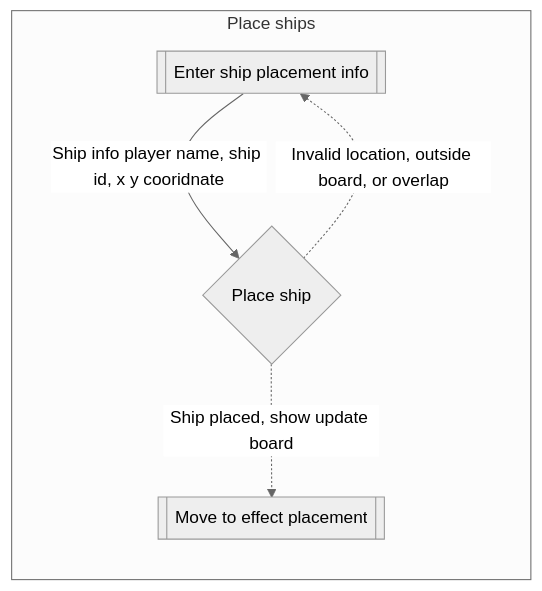
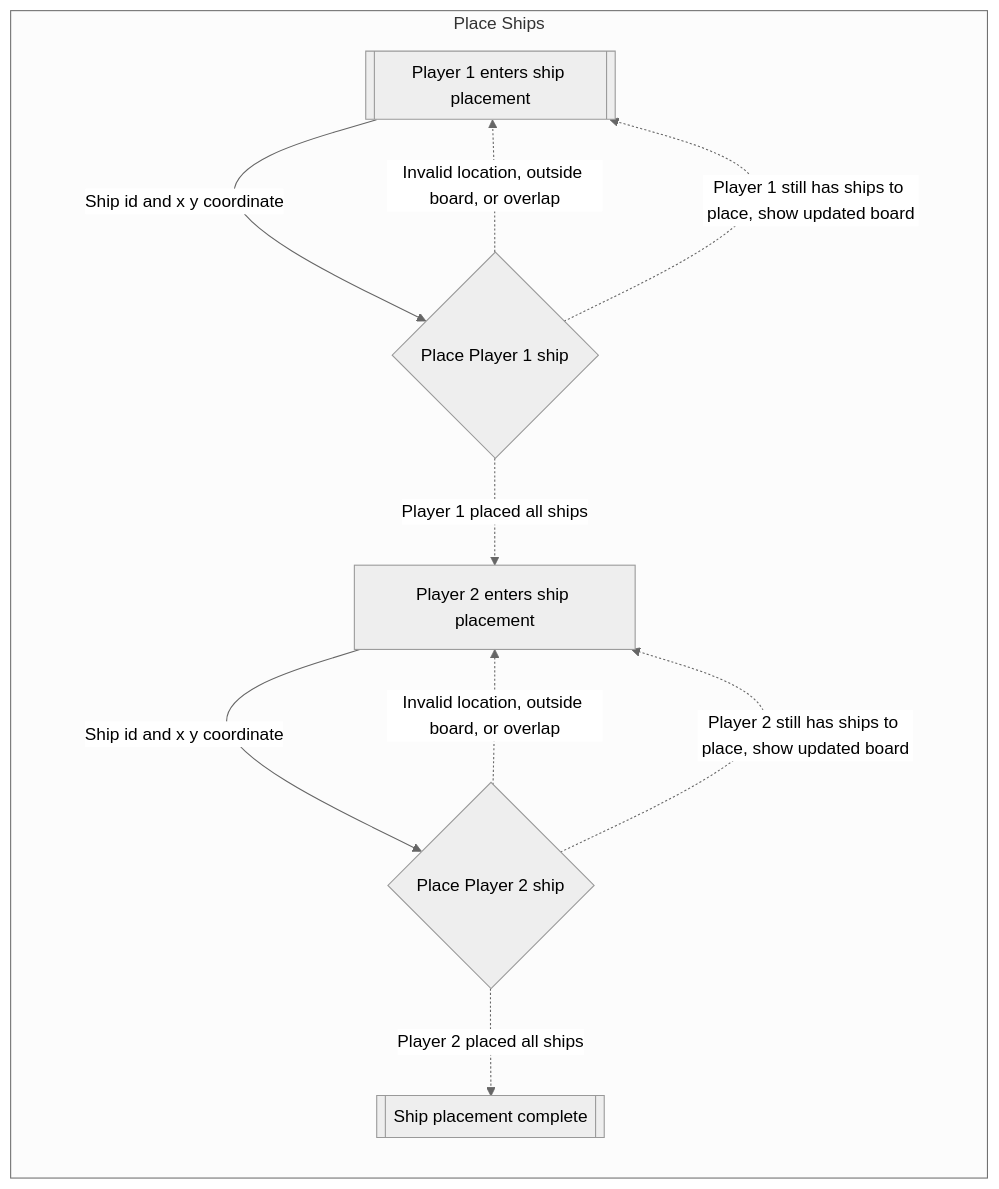
The third of 6 diagrams in README.md (ThienTang923/COMP-2450-Battleship), drawn with Mermaid (neutral theme) before and after one commit. The commit also changed other lines of this file, not shown here.

Commit message:
changing combat flow and placing ship flow

````diff
--- a/README.md
+++ b/README.md
@@ -71,15 +70,31 @@
 ```mermaid
 flowchart
-subgraph Place ships
+subgraph Place Ships
     direction TB
-    getShipInfo[[Enter ship placement info]]
+    playerOnePlacement[[Player 1 enters ship placement]]
     
-    placeShip{Place ship}
+    placePlayerOneShip{Place Player 1 ship}
     
-    nextTask[[Move to effect placement]]
+    playerTwoPlacement[Player 2 enters ship placement]
     
-    getShipInfo -- Ship info player name, ship id, x y cooridnate --> placeShip
-    placeShip -. Ship placed, show update board .-> nextTask
-    placeShip -.  Invalid location, outside board, or overlap .-> getShipInfo    
+    placePlayerTwoShip{Place Player 2 ship}
+    
+    placementComplete[[Ship placement complete]]
+    
+    playerOnePlacement -- Ship id and x y coordinate --> placePlayerOneShip
+    
+    placePlayerOneShip -. Invalid location, outside board, or overlap .-> playerOnePlacement
+    
+    placePlayerOneShip -. Player 1 still has ships to place, show updated board .-> playerOnePlacement
+    
+    placePlayerOneShip -. Player 1 placed all ships .-> playerTwoPlacement
+    
+    playerTwoPlacement -- Ship id and x y coordinate --> placePlayerTwoShip
+    
+    placePlayerTwoShip -. Invalid location, outside board, or overlap .-> playerTwoPlacement
+    
+    placePlayerTwoShip -. Player 2 still has ships to place, show updated board .-> playerTwoPlacement
+    
+    placePlayerTwoShip -. Player 2 placed all ships .-> placementComplete
 end
 ```
````
